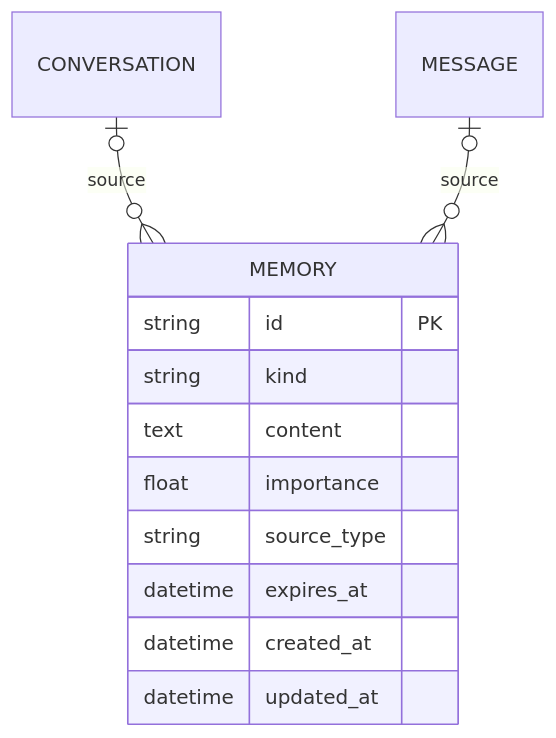
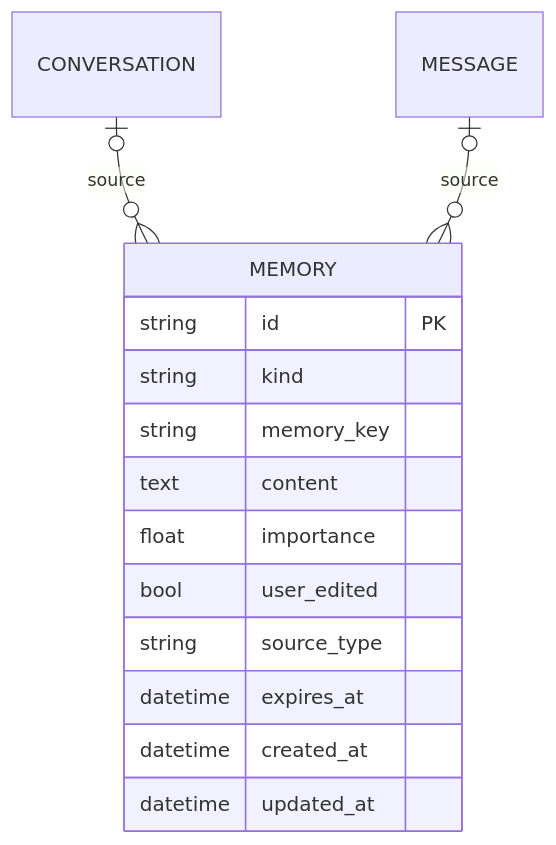
One commit to zora-DD/zora changed the third of 5 diagrams in docs/project-analysis.md. Above: the diagram before and after it, drawn with Mermaid. The commit also changed other lines of this file and 26 other files, not shown here.

````diff
--- a/docs/project-analysis.md
+++ b/docs/project-analysis.md
@@ -182,15 +190,17 @@
 ```mermaid
 erDiagram
     CONVERSATION o|--o{ MEMORY : source
     MESSAGE o|--o{ MEMORY : source
     MEMORY {
         string id PK
         string kind
+        string memory_key
         text content
         float importance
+        bool user_edited
         string source_type
         datetime expires_at
         datetime created_at
         datetime updated_at
     }
 ```
````
